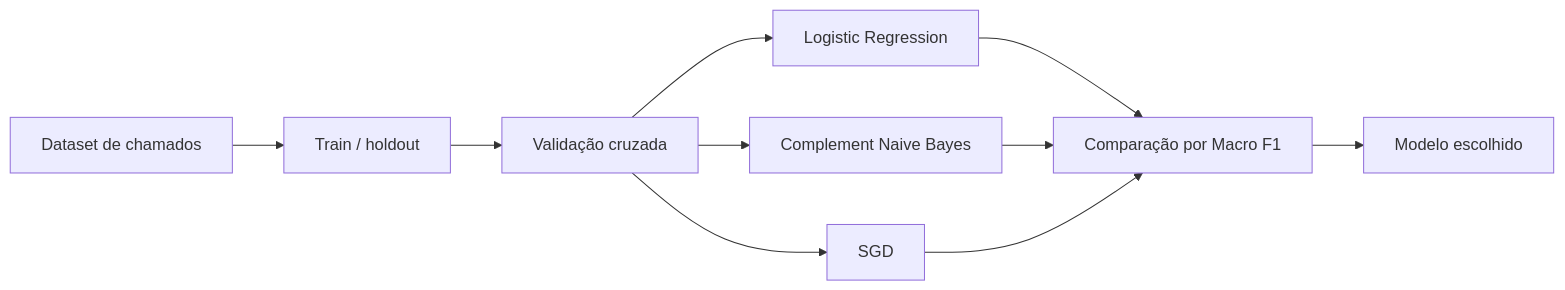
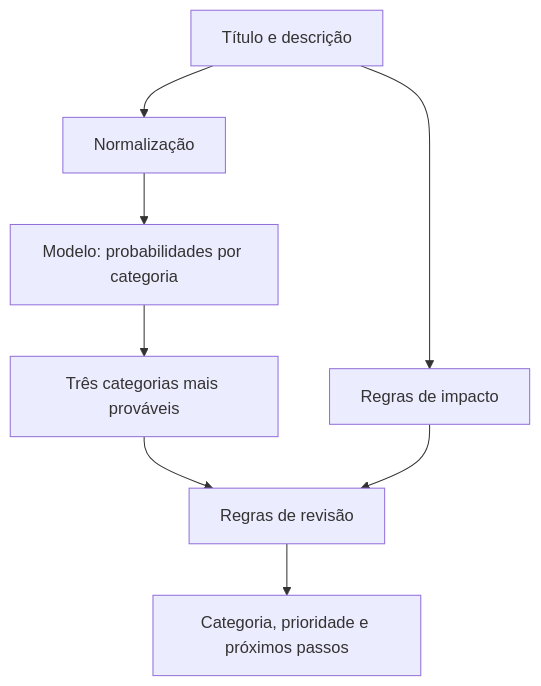
One commit to Clebin0/ai-helpdesk changed the second of 2 diagrams in docs/ARCHITECTURE.md. Above: the diagram before and after it, drawn with Mermaid. The commit also changed other lines of this file and 6 other files, not shown here.

````diff
--- a/docs/ARCHITECTURE.md
+++ b/docs/ARCHITECTURE.md
@@ -20,12 +26,10 @@
 ```mermaid
-flowchart LR
-    A[Dataset de chamados] --> B[Train / holdout]
-    B --> C[Validação cruzada]
-    C --> D[Logistic Regression]
-    C --> E[Complement Naive Bayes]
-    C --> F[SGD]
-    D --> G[Comparação por Macro F1]
-    E --> G
-    F --> G
-    G --> H[Modelo escolhido]
+flowchart TD
+    A[Título e descrição] --> B[Normalização]
+    B --> C[Modelo: probabilidades por categoria]
+    C --> D[Três categorias mais prováveis]
+    A --> E[Regras de impacto]
+    D --> F[Regras de revisão]
+    E --> F
+    F --> G[Categoria, prioridade e próximos passos]
 ```
````
